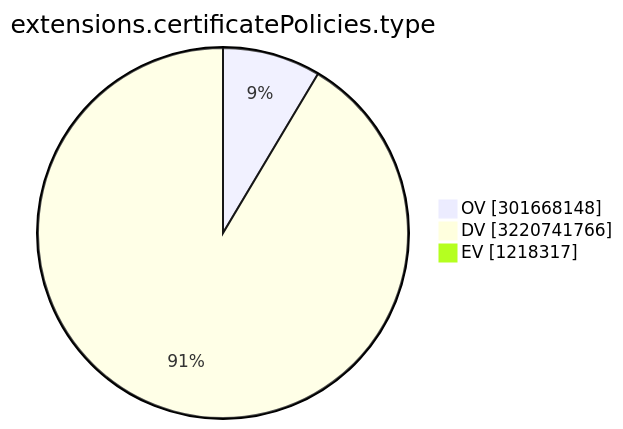
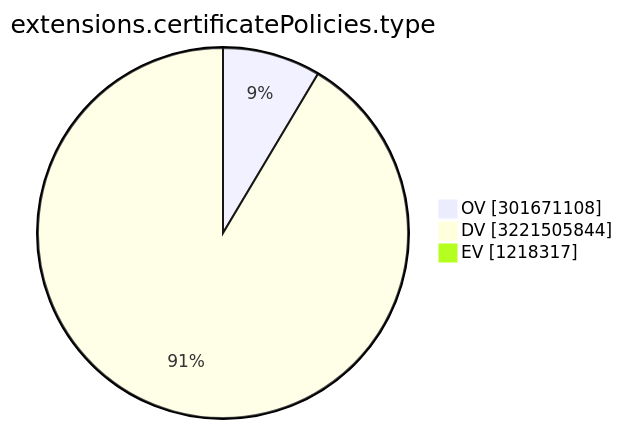
Before and after one commit to christiankrug/ctmonitor_visualization: the ninth of 15 diagrams in TOTAL/README.md, drawn with Mermaid. The commit also changed other lines of this file, not shown here.

````diff
--- a/TOTAL/README.md
+++ b/TOTAL/README.md
@@ -3107,7 +3107,7 @@
 ```mermaid
 pie showData
 title extensions.certificatePolicies.type
-"OV" :301668148
-"DV" :3220741766
+"OV" :301671108
+"DV" :3221505844
 "EV" :1218317
 ```
````
